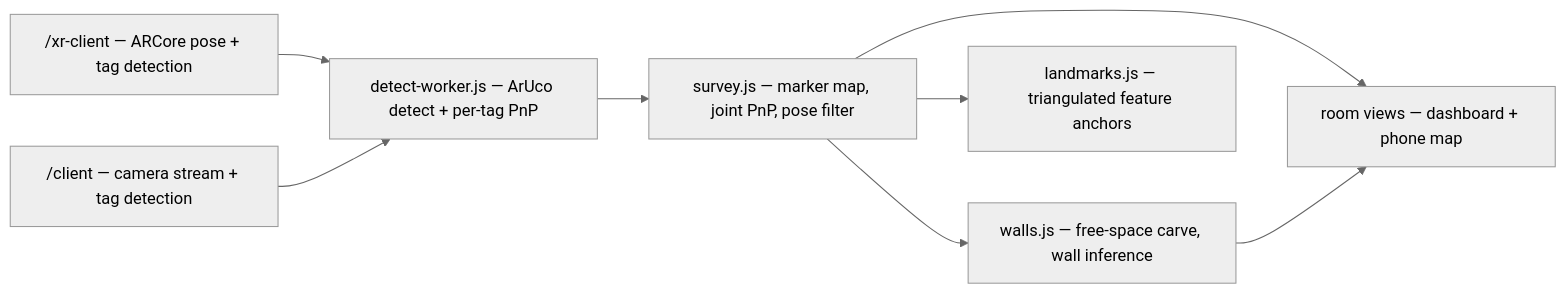
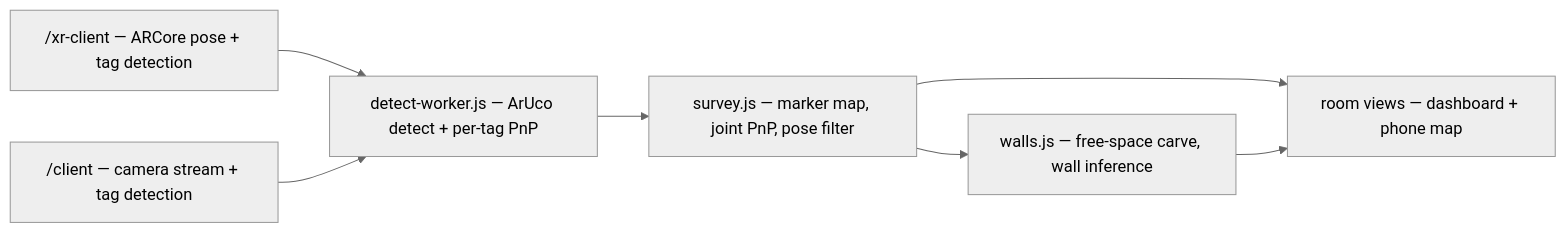
The first of 2 diagrams in README.md (sebuju/synora), drawn with Mermaid (neutral theme) before and after one commit. The commit also changed other lines of this file and 5 other files, not shown here.

````diff
--- a/README.md
+++ b/README.md
@@ -61,18 +60,16 @@
 ```mermaid
 flowchart LR
     X["/xr-client — ARCore pose + tag detection"]
     C["/client — camera stream + tag detection"]
     D["detect-worker.js — ArUco detect + per-tag PnP"]
     S["survey.js — marker map, joint PnP, pose filter"]
     W["walls.js — free-space carve, wall inference"]
-    L["landmarks.js — triangulated feature anchors"]
     V["room views — dashboard + phone map"]
 
     X --> D
     C --> D
     D --> S
     S --> W
-    S --> L
     S --> V
     W --> V
 ```
````
